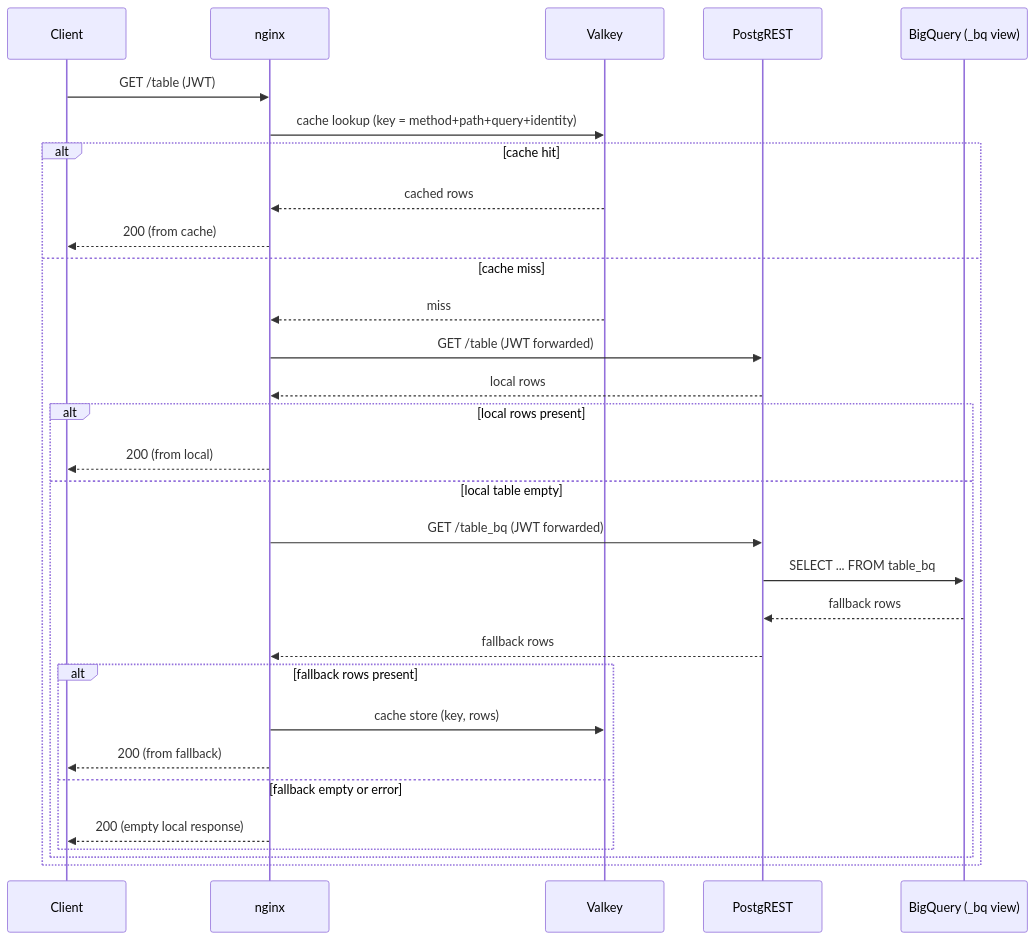
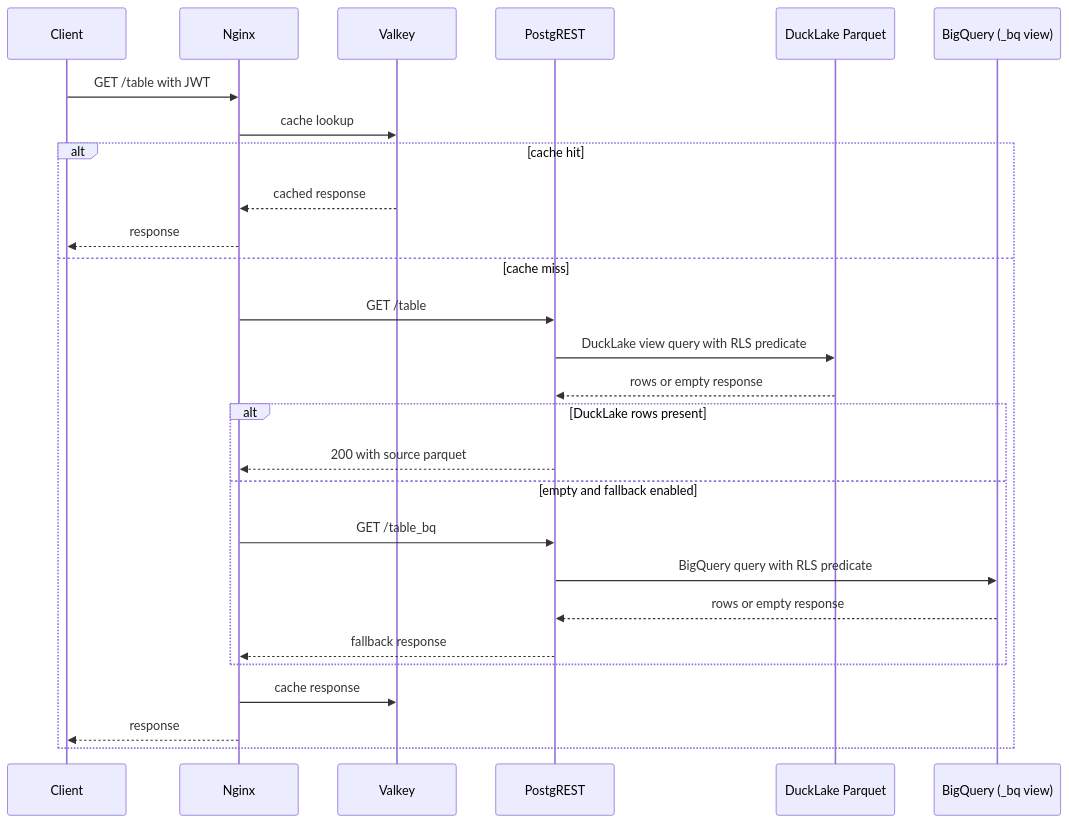
One commit to prefeitura-rio/data-proxy changed the diagram in docs/fallback.md. Above: the diagram before and after it, drawn with Mermaid. The commit also changed other lines of this file and 10 other files, not shown here.

First line of the commit message:
docs: update documentation for DuckLake architecture

````diff
--- a/docs/fallback.md
+++ b/docs/fallback.md
@@ -16,33 +16,30 @@
 ```mermaid
 sequenceDiagram
     participant C as Client
-    participant N as nginx
+    participant N as Nginx
     participant V as Valkey
     participant P as PostgREST
+    participant D as DuckLake Parquet
     participant B as BigQuery (_bq view)
 
-    C->>N: GET /table (JWT)
-    N->>V: cache lookup (key = method+path+query+identity)
+    C->>N: GET /table with JWT
+    N->>V: cache lookup
     alt cache hit
-        V-->>N: cached rows
-        N-->>C: 200 (from cache)
+        V-->>N: cached response
+        N-->>C: response
     else cache miss
-        V-->>N: miss
-        N->>P: GET /table (JWT forwarded)
-        P-->>N: local rows
-        alt local rows present
-            N-->>C: 200 (from local)
-        else local table empty
-            N->>P: GET /table_bq (JWT forwarded)
-            P->>B: SELECT ... FROM table_bq
-            B-->>P: fallback rows
-            P-->>N: fallback rows
-            alt fallback rows present
-                N->>V: cache store (key, rows)
-                N-->>C: 200 (from fallback)
-            else fallback empty or error
-                N-->>C: 200 (empty local response)
-            end
+        N->>P: GET /table
+        P->>D: DuckLake view query with RLS predicate
+        D-->>P: rows or empty response
+        alt DuckLake rows present
+            P-->>N: 200 with source parquet
+        else empty and fallback enabled
+            N->>P: GET /table_bq
+            P->>B: BigQuery query with RLS predicate
+            B-->>P: rows or empty response
+            P-->>N: fallback response
         end
+        N->>V: cache response
+        N-->>C: response
     end
 ```
````
